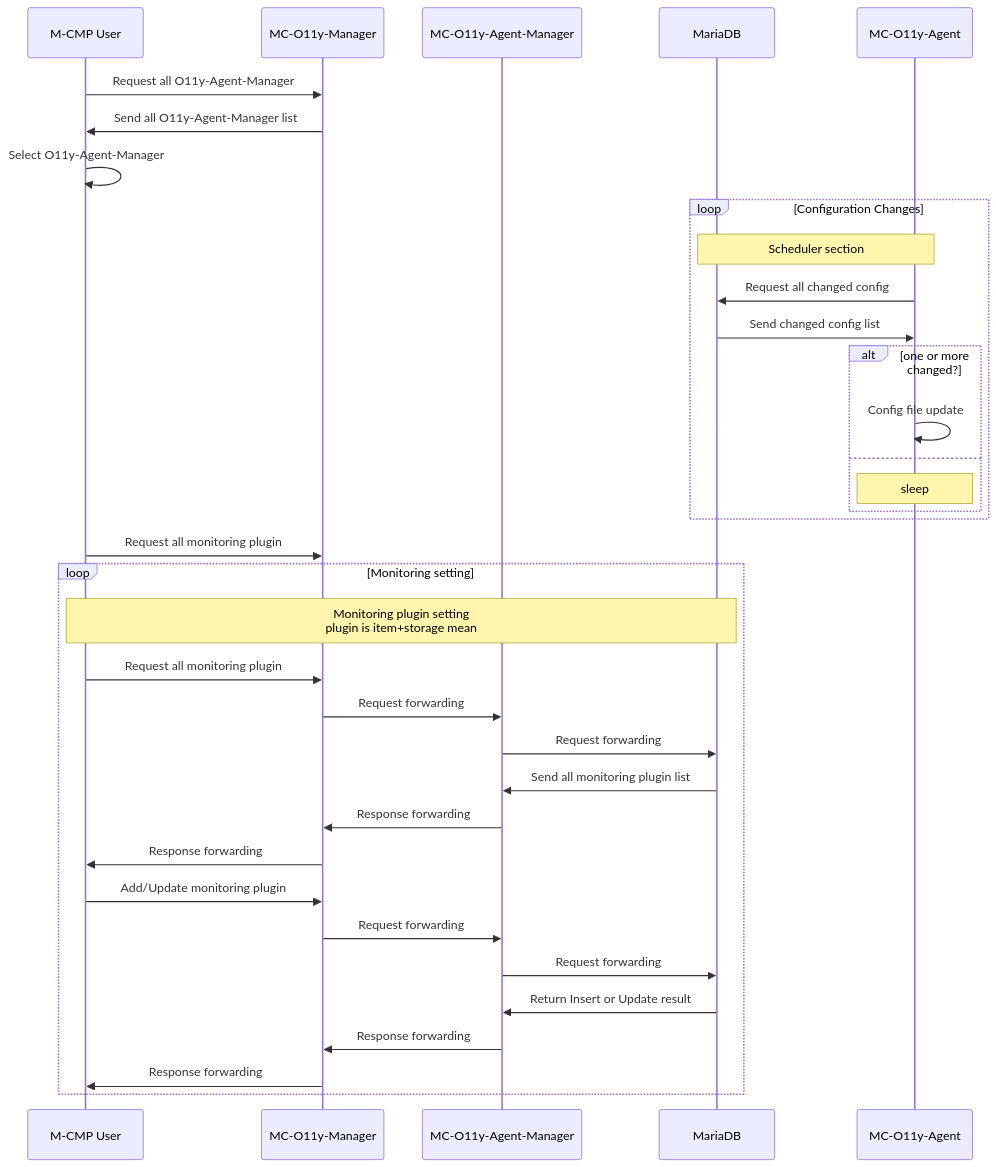
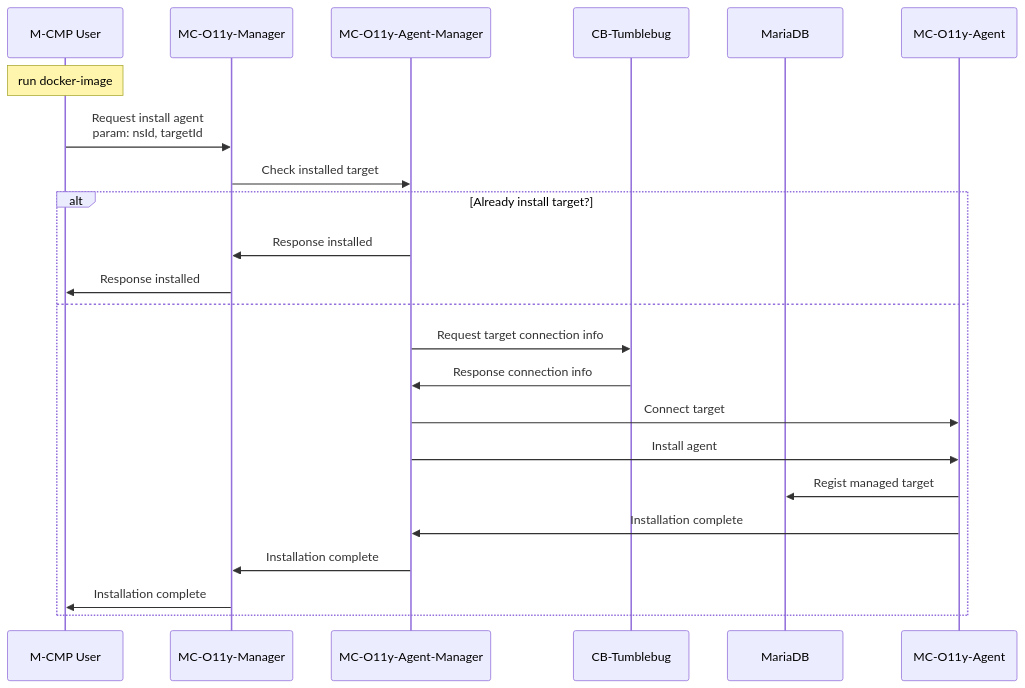
The third of 3 diagrams in java-module/README.md (m-cmp/mc-observability), drawn with Mermaid before and after one commit. The commit also changed other lines of this file, not shown here.

````diff
--- a/java-module/README.md
+++ b/java-module/README.md
@@ -190,39 +165,26 @@
 ```mermaid
 sequenceDiagram
 participant M-CMP User
 participant MC-O11y-Manager
 participant MC-O11y-Agent-Manager
+participant CB-Tumblebug
 participant MariaDB
 participant MC-O11y-Agent
-M-CMP User ->> MC-O11y-Manager: Request all O11y-Agent-Manager
-MC-O11y-Manager ->> M-CMP User: Send all O11y-Agent-Manager list
-M-CMP User ->> M-CMP User: Select O11y-Agent-Manager
 
-loop Configuration Changes
-  Note over MariaDB,MC-O11y-Agent: Scheduler section
-  MC-O11y-Agent ->> MariaDB: Request all changed config
-  MariaDB ->> MC-O11y-Agent: Send changed config list
-  alt one or more changed?
-    MC-O11y-Agent ->> MC-O11y-Agent: Config file update
-  else
-    Note over MC-O11y-Agent: sleep
-  end
-end
-
-M-CMP User ->> MC-O11y-Manager: Request all monitoring plugin
-loop Monitoring setting
-  Note over M-CMP User, MariaDB: Monitoring plugin setting<br>plugin is item+storage mean
-  M-CMP User ->> MC-O11y-Manager: Request all monitoring plugin
-  MC-O11y-Manager ->> MC-O11y-Agent-Manager: Request forwarding
-  MC-O11y-Agent-Manager ->> MariaDB: Request forwarding
-  MariaDB ->> MC-O11y-Agent-Manager: Send all monitoring plugin list
-  MC-O11y-Agent-Manager ->> MC-O11y-Manager: Response forwarding
-  MC-O11y-Manager ->> M-CMP User: Response forwarding
-  M-CMP User ->> MC-O11y-Manager: Add/Update monitoring plugin
-  MC-O11y-Manager ->> MC-O11y-Agent-Manager: Request forwarding
-  MC-O11y-Agent-Manager ->> MariaDB: Request forwarding
-  MariaDB ->> MC-O11y-Agent-Manager: Return Insert or Update result
-  MC-O11y-Agent-Manager ->> MC-O11y-Manager: Response forwarding
-  MC-O11y-Manager ->> M-CMP User: Response forwarding
+Note over M-CMP User: run docker-image
+M-CMP User ->> MC-O11y-Manager: Request install agent<br>param: nsId, targetId
+MC-O11y-Manager ->> MC-O11y-Agent-Manager: Check installed target
+alt Already install target?
+  MC-O11y-Agent-Manager ->> MC-O11y-Manager: Response installed
+  MC-O11y-Manager ->> M-CMP User: Response installed
+else
+  MC-O11y-Agent-Manager ->> CB-Tumblebug: Request target connection info
+  CB-Tumblebug ->> MC-O11y-Agent-Manager: Response connection info
+  MC-O11y-Agent-Manager ->> MC-O11y-Agent: Connect target
+  MC-O11y-Agent-Manager ->> MC-O11y-Agent: Install agent
+  MC-O11y-Agent ->> MariaDB: Regist managed target
+  MC-O11y-Agent ->> MC-O11y-Agent-Manager: Installation complete
+  MC-O11y-Agent-Manager ->> MC-O11y-Manager: Installation complete
+  MC-O11y-Manager ->> M-CMP User: Installation complete
 end
 ```
````
